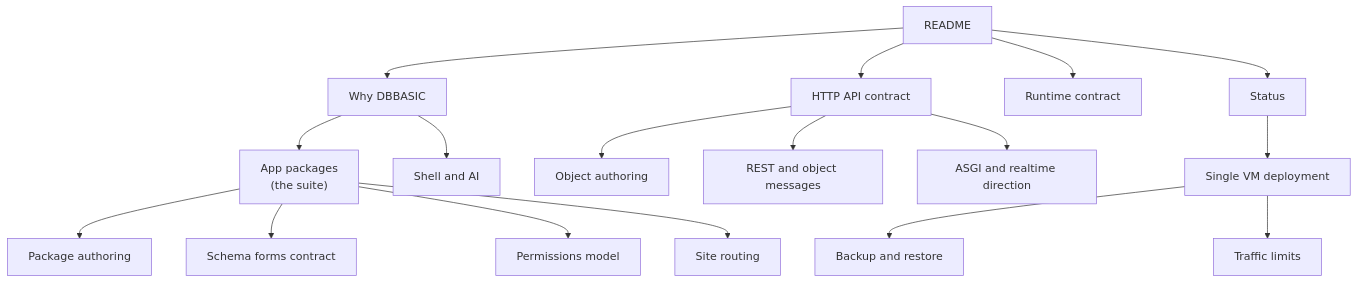
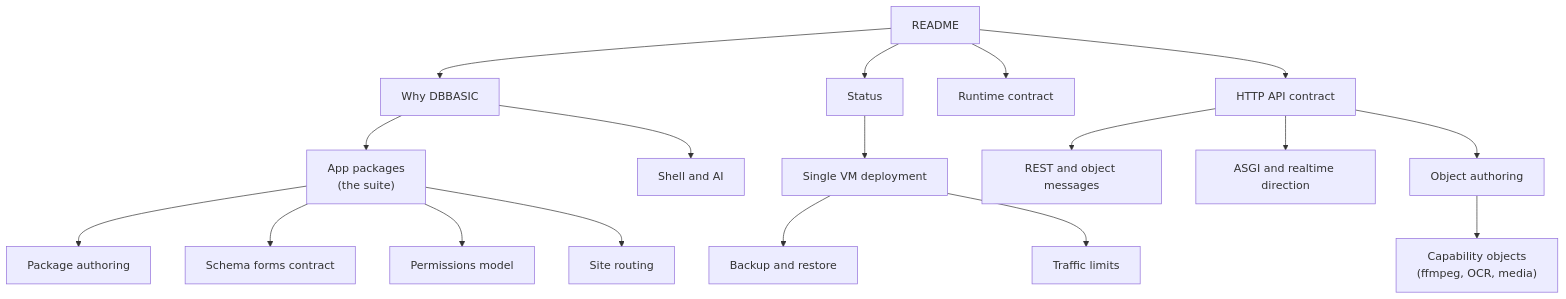
One commit to askrobots/dbbasic-object-server changed the diagram in docs/README.md. Above: the diagram before and after it, drawn with Mermaid. The commit also changed other lines of this file and 2 other files, not shown here.

First line of the commit message:
Document capability objects (ffmpeg, OCR, media tools)

````diff
--- a/docs/README.md
+++ b/docs/README.md
@@ -9,23 +9,24 @@
 ```mermaid
 flowchart TD
     A["README"] --> W["Why DBBASIC"]
     A --> R["Status"]
     A --> B["Runtime contract"]
     A --> C["HTTP API contract"]
 
     W --> APPS["App packages<br/>(the suite)"]
     W --> SH["Shell and AI"]
 
     APPS --> Q["Package authoring"]
     APPS --> SF["Schema forms contract"]
     APPS --> P["Permissions model"]
     APPS --> SR["Site routing"]
 
     C --> M["Object authoring"]
+    M --> CAP["Capability objects<br/>(ffmpeg, OCR, media)"]
     C --> E["REST and object messages"]
     C --> D["ASGI and realtime direction"]
 
     R --> L["Single VM deployment"]
     L --> N["Backup and restore"]
     L --> O["Traffic limits"]
 ```
````
